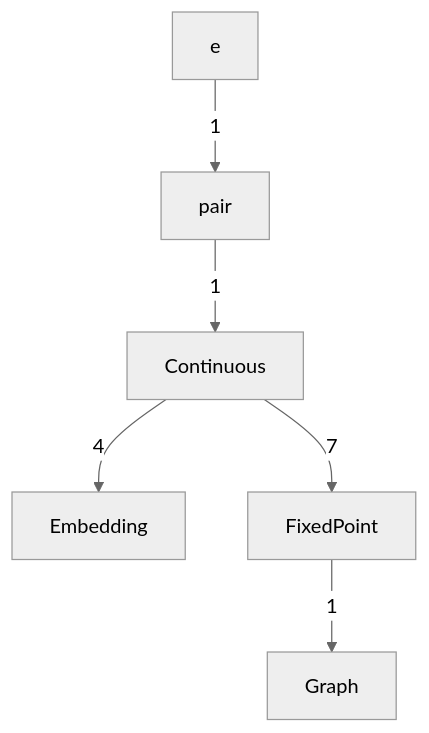
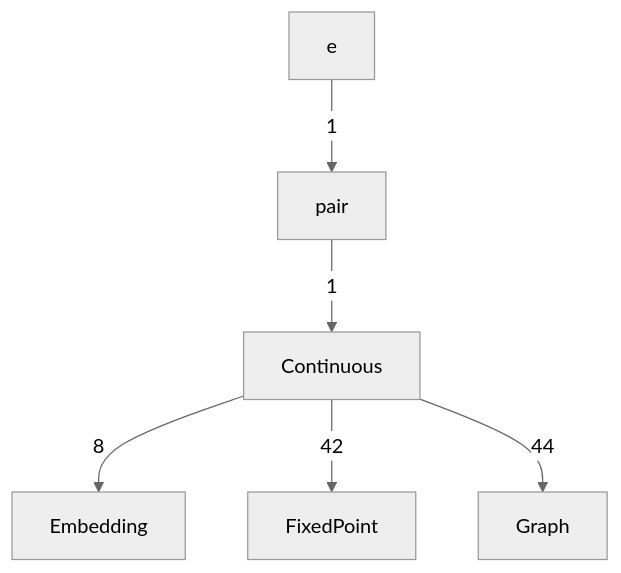
Before and after one commit to catskillsresearch/DomainTheory: the diagram in DomainTheory/DataTypesAsLattices/1976_Continuous_functions.mermaid, drawn with Mermaid (neutral theme). The commit also changed 44 other files, not shown here.

First line of the commit message:
Split Theorem 2.12 chain into peer notes and improve outline mermaid deps.

```diff
--- a/DomainTheory/DataTypesAsLattices/1976_Continuous_functions.mermaid
+++ b/DomainTheory/DataTypesAsLattices/1976_Continuous_functions.mermaid
@@ -1,24 +1,24 @@
 %% Continuous functions on Pω.
 %% Arrowhead on the importer. The number is a direct-import count.
 %% An arrow already implied by a longer path is omitted.
 flowchart TB
 
   CONT["Continuous"]
   E["e"]
   EMB["Embedding"]
   FIX["FixedPoint"]
   GRA["Graph"]
   PAIR["pair"]
 
   PAIR -->|"1"| CONT
-  CONT -->|"4"| EMB
-  CONT -->|"7"| FIX
-  FIX -->|"1"| GRA
+  CONT -->|"8"| EMB
+  CONT -->|"42"| FIX
+  CONT -->|"44"| GRA
   E -->|"1"| PAIR
 
   classDef c1 fill:#dcfce7,stroke:#15803d,color:#14532d
   classDef c6 fill:#ccfbf1,stroke:#0f766e,color:#134e4a
   classDef c2 fill:#fef3c7,stroke:#b45309,color:#78350f
   classDef c3 fill:#fce7f3,stroke:#be185d,color:#831843
   classDef c4 fill:#fee2e2,stroke:#b91c1c,color:#7f1d1d
   classDef c5 fill:#e0e7ff,stroke:#4338ca,color:#312e81
```
